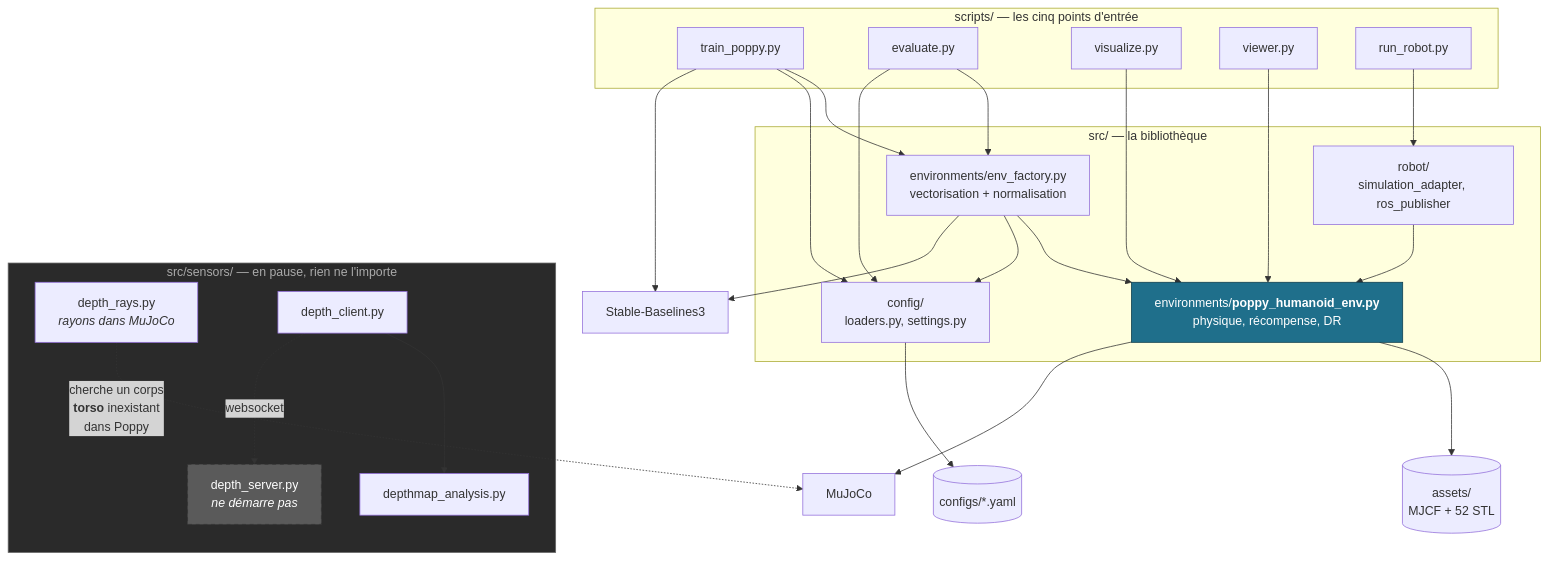
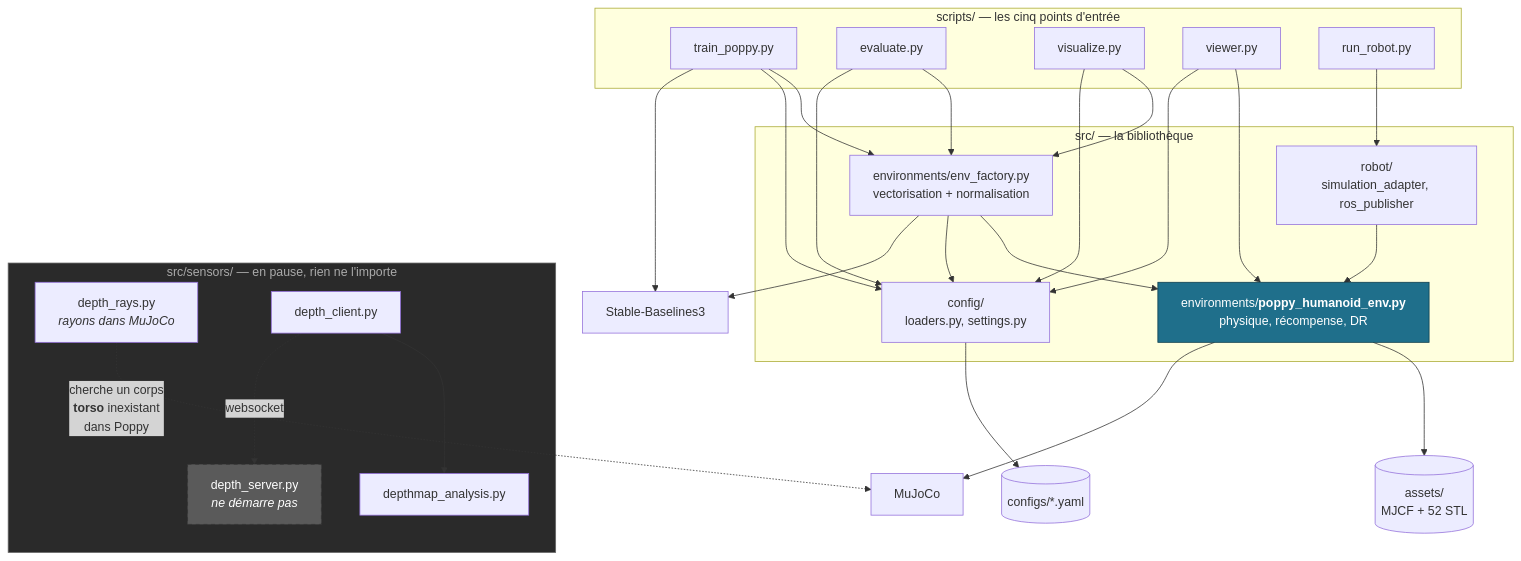
The third of 3 diagrams in docs/ARCHITECTURE.md (cia-ulaval/poppy-simulation-team-1), drawn with Mermaid before and after one commit. The commit also changed other lines of this file and 6 other files, not shown here.

````diff
--- a/docs/ARCHITECTURE.md
+++ b/docs/ARCHITECTURE.md
@@ -94,53 +94,55 @@
 ```mermaid
 graph TB
     subgraph entrees["scripts/ — les cinq points d'entrée"]
         tp["train_poppy.py"]
         ev["evaluate.py"]
         vz["visualize.py"]
         vw["viewer.py"]
         rr["run_robot.py"]
     end
 
     subgraph coeur["src/ — la bibliothèque"]
         env["environments/<b>poppy_humanoid_env.py</b><br/>physique, récompense, DR"]
         fac["environments/env_factory.py<br/>vectorisation + normalisation"]
         cfg["config/<br/>loaders.py, settings.py"]
         rob["robot/<br/>simulation_adapter, ros_publisher"]
     end
 
     subgraph pause["src/sensors/ — en pause, rien ne l'importe"]
         dr["depth_rays.py<br/><i>rayons dans MuJoCo</i>"]
         ds["depth_server.py<br/><i>ne démarre pas</i>"]
         dc["depth_client.py"]
         da["depthmap_analysis.py"]
     end
 
     mujoco["MuJoCo"]
     sb3["Stable-Baselines3"]
     yaml[("configs/*.yaml")]
     assets[("assets/<br/>MJCF + 52 STL")]
 
     tp --> fac
     tp --> cfg
     ev --> fac
     ev --> cfg
-    vz --> env
+    vz --> fac
+    vz --> cfg
     rr --> rob
     rob --> env
     fac --> env
     fac --> cfg
     cfg --> yaml
     env --> assets
     env --> mujoco
     vw --> env
+    vw --> cfg
     fac --> sb3
     tp --> sb3
 
     dc --> da
     dr -.->|"cherche un corps<br/><b>torso</b> inexistant<br/>dans Poppy"| mujoco
     dc -.->|websocket| ds
 
     style env fill:#1f6f8b,stroke:#0d3d4d,color:#fff
     style pause fill:#2a2a2a,stroke:#666,color:#aaa
     style ds fill:#5a5a5a,stroke:#333,color:#fff,stroke-dasharray: 5 5
 ```
````
